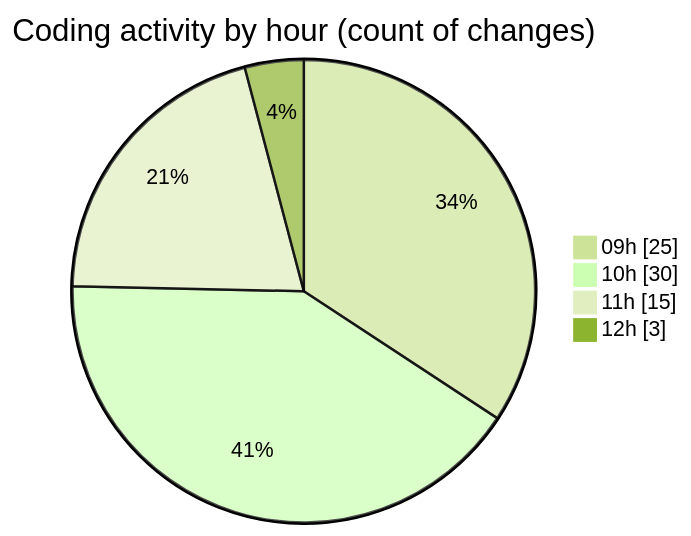
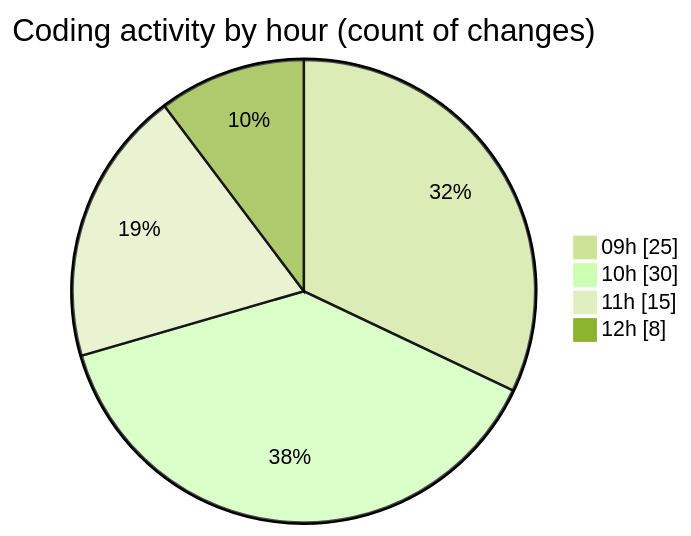
The second of 2 diagrams in 2025-11-18/cda/README.md (momahboobian/code-tracking), drawn with Mermaid (forest theme) before and after one commit. The commit also changed other lines of this file and 1 other file, not shown here.

````diff
--- a/2025-11-18/cda/README.md
+++ b/2025-11-18/cda/README.md
@@ -35,8 +35,8 @@
 ```mermaid
 pie showData
 title Coding activity by hour (count of changes)
 "09h" : 25
 "10h" : 30
 "11h" : 15
-"12h" : 3
+"12h" : 8
 ```
````
